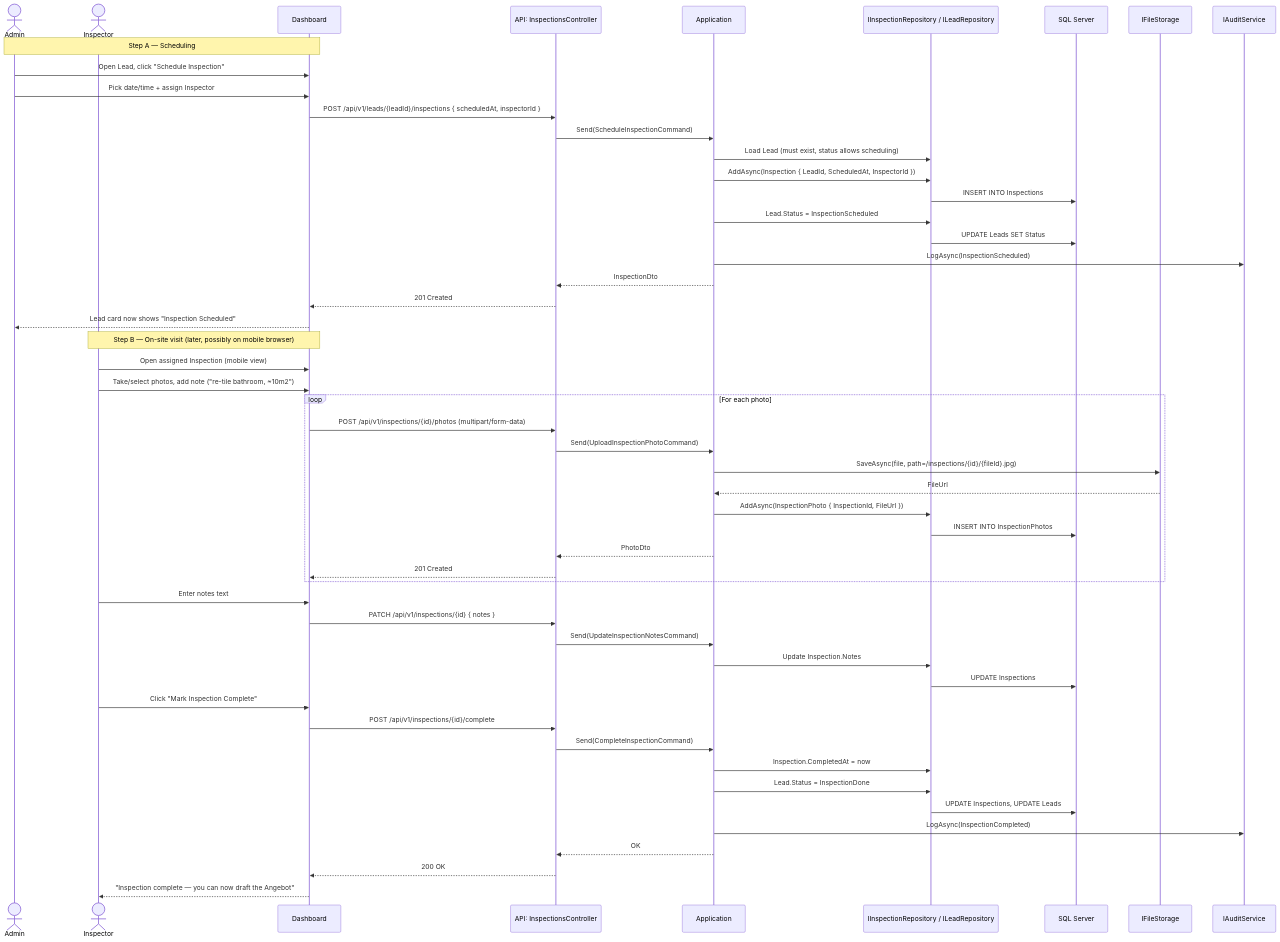
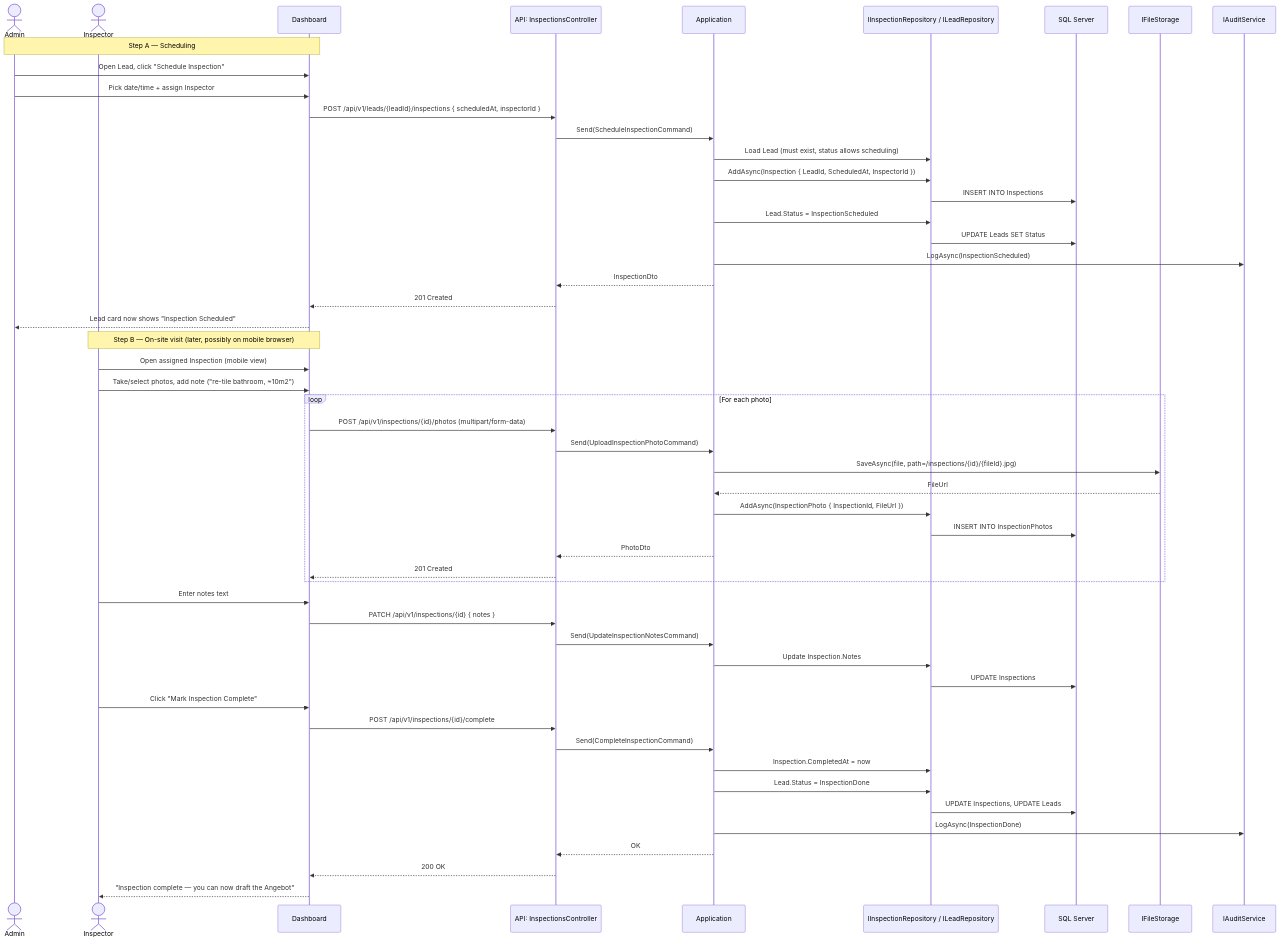
Before and after one commit to Keroleshanna/RenoTrack: the third of 12 diagrams in Sequence Diagram.md, drawn with Mermaid. The commit also changed 6 other files, not shown here.

````diff
--- a/Sequence Diagram.md
+++ b/Sequence Diagram.md
@@ -87,56 +87,56 @@
 ```mermaid
 sequenceDiagram
     actor AD as Admin
     actor INS as Inspector
     participant DASH as Dashboard
     participant API as API: InspectionsController
     participant APP as Application
     participant REPO as IInspectionRepository / ILeadRepository
     participant DB as SQL Server
     participant FS as IFileStorage
     participant AUD as IAuditService
 
     Note over AD,DASH: Step A — Scheduling
     AD->>DASH: Open Lead, click "Schedule Inspection"
     AD->>DASH: Pick date/time + assign Inspector
     DASH->>API: POST /api/v1/leads/{leadId}/inspections { scheduledAt, inspectorId }
     API->>APP: Send(ScheduleInspectionCommand)
     APP->>REPO: Load Lead (must exist, status allows scheduling)
     APP->>REPO: AddAsync(Inspection { LeadId, ScheduledAt, InspectorId })
     REPO->>DB: INSERT INTO Inspections
     APP->>REPO: Lead.Status = InspectionScheduled
     REPO->>DB: UPDATE Leads SET Status
     APP->>AUD: LogAsync(InspectionScheduled)
     APP-->>API: InspectionDto
     API-->>DASH: 201 Created
     DASH-->>AD: Lead card now shows "Inspection Scheduled"
 
     Note over INS,DASH: Step B — On-site visit (later, possibly on mobile browser)
     INS->>DASH: Open assigned Inspection (mobile view)
     INS->>DASH: Take/select photos, add note ("re-tile bathroom, ~10m2")
     loop For each photo
         DASH->>API: POST /api/v1/inspections/{id}/photos (multipart/form-data)
         API->>APP: Send(UploadInspectionPhotoCommand)
         APP->>FS: SaveAsync(file, path=/inspections/{id}/{fileId}.jpg)
         FS-->>APP: FileUrl
         APP->>REPO: AddAsync(InspectionPhoto { InspectionId, FileUrl })
         REPO->>DB: INSERT INTO InspectionPhotos
         APP-->>API: PhotoDto
         API-->>DASH: 201 Created
     end
     INS->>DASH: Enter notes text
     DASH->>API: PATCH /api/v1/inspections/{id} { notes }
     API->>APP: Send(UpdateInspectionNotesCommand)
     APP->>REPO: Update Inspection.Notes
     REPO->>DB: UPDATE Inspections
     INS->>DASH: Click "Mark Inspection Complete"
     DASH->>API: POST /api/v1/inspections/{id}/complete
     API->>APP: Send(CompleteInspectionCommand)
     APP->>REPO: Inspection.CompletedAt = now
     APP->>REPO: Lead.Status = InspectionDone
     REPO->>DB: UPDATE Inspections, UPDATE Leads
-    APP->>AUD: LogAsync(InspectionCompleted)
+    APP->>AUD: LogAsync(InspectionDone)
     APP-->>API: OK
     API-->>DASH: 200 OK
     DASH-->>INS: "Inspection complete — you can now draft the Angebot"
 ```
````
